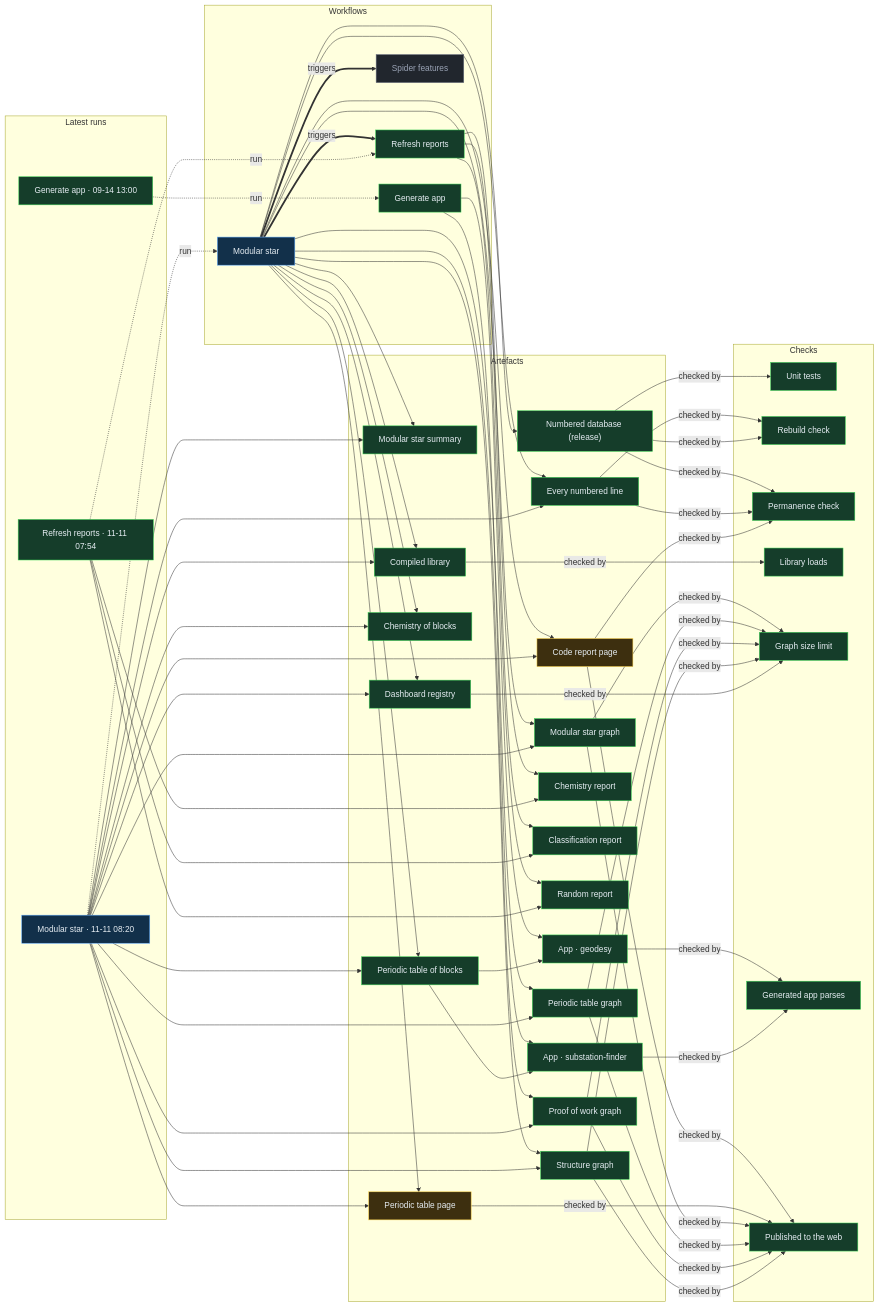
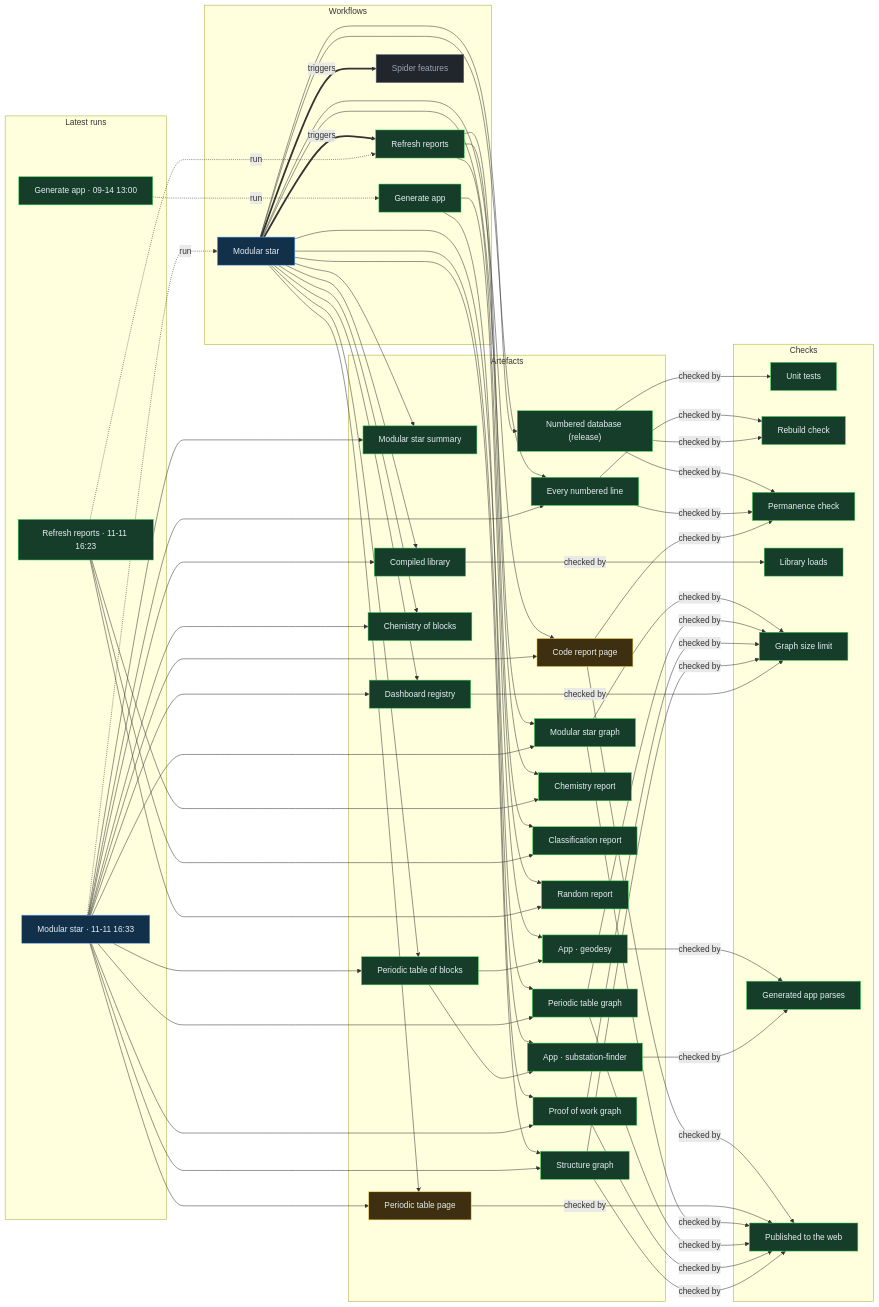
Before and after one commit to Ventusltd/stars: the diagram in proof/PROOF.md, drawn with Mermaid. The commit also changed other lines of this file and 35 other files, not shown here.

Commit message:
Modular star 2026-11-11T16:35Z

```diff
--- a/proof/PROOF.md
+++ b/proof/PROOF.md
@@ -24,8 +24,8 @@
   n_wf_spider_features["Spider features"]:::off
   end
   subgraph g_runs["Latest runs"]
-  n_run_42986214775["Modular star · 11-11 08:20"]:::live
-  n_run_42982933973["Refresh reports · 11-11 07:54"]:::ok
+  n_run_43059452983["Modular star · 11-11 16:33"]:::live
+  n_run_43057838883["Refresh reports · 11-11 16:23"]:::ok
   n_run_34846587798["Generate app · 09-14 13:00"]:::ok
   end
   subgraph g_artefacts["Artefacts"]
@@ -59,39 +59,39 @@
   end
   n_wf_modular_star == triggers ==> n_wf_refresh
   n_wf_modular_star == triggers ==> n_wf_spider_features
-  n_run_42986214775 -. run .-> n_wf_modular_star
-  n_run_42982933973 -. run .-> n_wf_refresh
+  n_run_43059452983 -. run .-> n_wf_modular_star
+  n_run_43057838883 -. run .-> n_wf_refresh
   n_run_34846587798 -. run .-> n_wf_generate
   n_wf_modular_star --> n_art_summary
-  n_run_42986214775 --> n_art_summary
+  n_run_43059452983 --> n_art_summary
   n_wf_modular_star --> n_art_lines
-  n_run_42986214775 --> n_art_lines
+  n_run_43059452983 --> n_art_lines
   n_wf_modular_star --> n_art_code
-  n_run_42986214775 --> n_art_code
+  n_run_43059452983 --> n_art_code
   n_wf_modular_star --> n_art_modular_graph
-  n_run_42986214775 --> n_art_modular_graph
+  n_run_43059452983 --> n_art_modular_graph
   n_wf_modular_star --> n_art_blocks
-  n_run_42986214775 --> n_art_blocks
+  n_run_43059452983 --> n_art_blocks
   n_wf_modular_star --> n_art_table
-  n_run_42986214775 --> n_art_table
+  n_run_43059452983 --> n_art_table
   n_wf_modular_star --> n_art_blocks_graph
-  n_run_42986214775 --> n_art_blocks_graph
+  n_run_43059452983 --> n_art_blocks_graph
   n_wf_modular_star --> n_art_reactions
-  n_run_42986214775 --> n_art_reactions
+  n_run_43059452983 --> n_art_reactions
   n_wf_modular_star --> n_art_library
-  n_run_42986214775 --> n_art_library
+  n_run_43059452983 --> n_art_library
   n_wf_modular_star --> n_art_features
-  n_run_42986214775 --> n_art_features
+  n_run_43059452983 --> n_art_features
   n_wf_modular_star --> n_art_proof
-  n_run_42986214775 --> n_art_proof
+  n_run_43059452983 --> n_art_proof
   n_wf_modular_star --> n_art_structure
-  n_run_42986214775 --> n_art_structure
+  n_run_43059452983 --> n_art_structure
   n_wf_refresh --> n_art_chemistry
-  n_run_42982933973 --> n_art_chemistry
+  n_run_43057838883 --> n_art_chemistry
   n_wf_refresh --> n_art_vedic
-  n_run_42982933973 --> n_art_vedic
+  n_run_43057838883 --> n_art_vedic
   n_wf_refresh --> n_art_random
-  n_run_42982933973 --> n_art_random
+  n_run_43057838883 --> n_art_random
   n_wf_modular_star --> n_art_release
   n_wf_generate --> n_app_geodesy
   n_art_blocks --> n_app_geodesy
```
